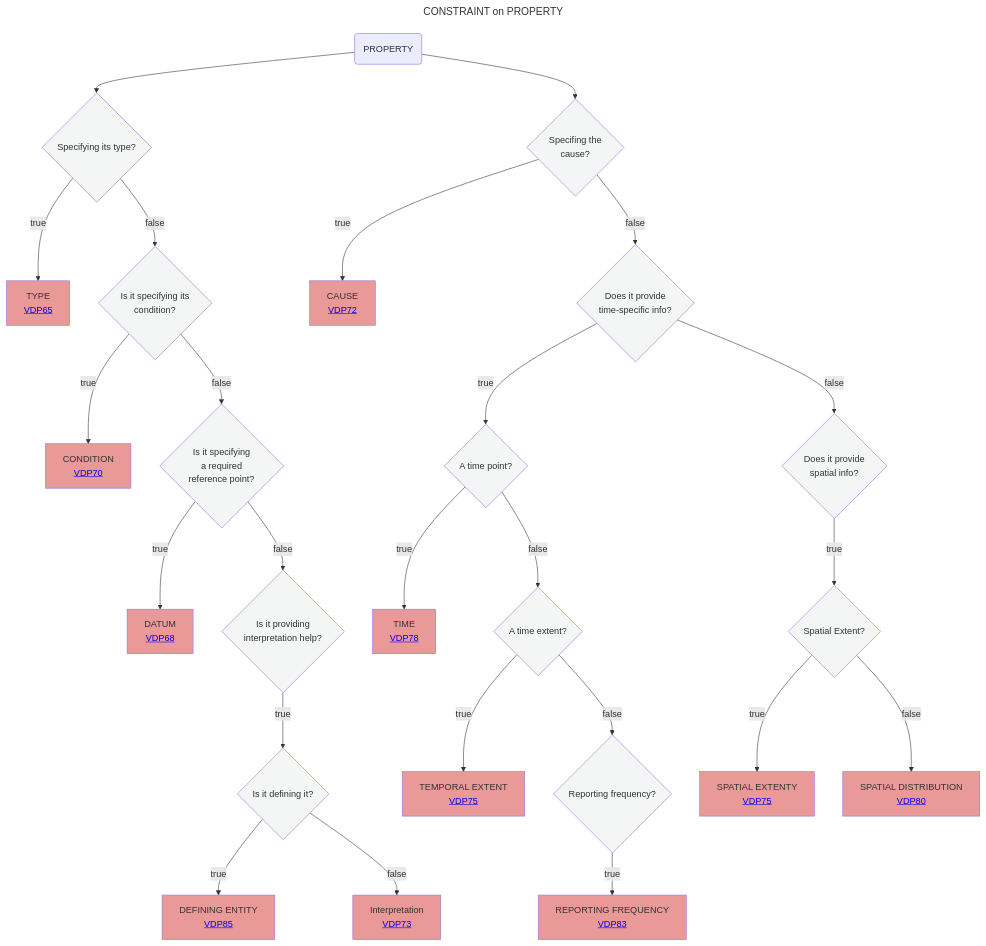
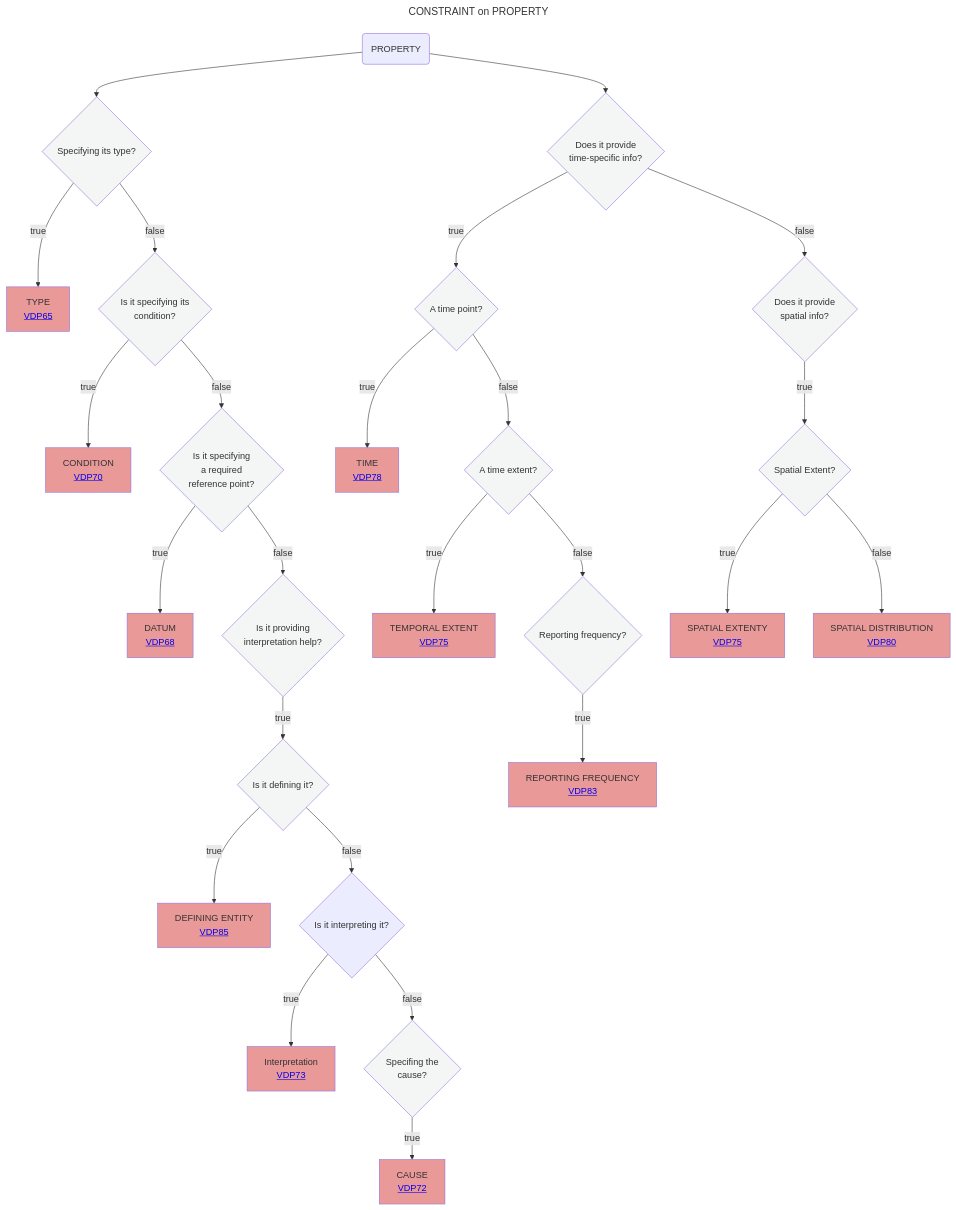
Before and after one commit to mabablue/I-ADOPT-patterns-playground: the diagram in Decisition_trees/DT9.mmd, drawn with Mermaid.

```diff
--- a/Decisition_trees/DT9.mmd
+++ b/Decisition_trees/DT9.mmd
@@ -1,32 +1,33 @@
 ---
 title: CONSTRAINT on PROPERTY
 ---
 flowchart TD
     A(PROPERTY)  --> B{Specifying its type?}:::white
     B --> |true|C[TYPE <br> <a href='https://github.com/mabablue/I-ADOPT-patterns-playground/blob/main/pattern/VDP65.yaml'>VDP65</a>]:::rose
     B --> |false|D{Is it specifying its <br> condition?}:::white
     D --> |true|E[CONDITION <br> <a href='https://github.com/mabablue/I-ADOPT-patterns-playground/blob/main/pattern/VDP70.yaml'>VDP70</a>]:::rose
     D --> |false|F{Is it specifying <br> a required <br> reference point?}:::white
     F --> |true|G[DATUM <br> <a href='https://github.com/mabablue/I-ADOPT-patterns-playground/blob/main/pattern/VDP68.yaml'>VDP68</a>]:::rose
     F --> |false|IH{Is it providing <br> interpretation help?}:::white
     IH --> |true|HI{Is it defining it?}:::white
     HI --> |true|HK[DEFINING ENTITY <br> <a href='https://github.com/mabablue/I-ADOPT-patterns-playground/blob/main/pattern/VDP85.yaml'>VDP85</a>]:::rose
-    HI --> |false|I[Interpretation <br> <a href='https://github.com/mabablue/I-ADOPT-patterns-playground/blob/main/pattern/VDP73.yaml'>VDP73</a>]:::rose
-    A --> J{Specifing the <br> cause?}:::white
+    HI --> |false|I{Is it interpreting it?}
+    I --> |true|IJ[Interpretation <br> <a href='https://github.com/mabablue/I-ADOPT-patterns-playground/blob/main/pattern/VDP73.yaml'>VDP73</a>]:::rose
+    I --> |false|J{Specifing the <br> cause?}:::white
     J --> |true|K[CAUSE<br> <a href='https://github.com/mabablue/I-ADOPT-patterns-playground/blob/main/pattern/VDP72.yaml'>VDP72</a>]:::rose
-    J --> |false|L{Does it provide <br> time-specific info?}:::white
+    A --> L{Does it provide <br> time-specific info?}:::white
     L --> |true|M{A time point?}:::white
     L --> |false|T{Does it provide <br> spatial info?}:::white
     M --> |true|N[TIME<br> <a href='https://github.com/mabablue/I-ADOPT-patterns-playground/blob/main/pattern/VDP78.yaml'>VDP78</a>]:::rose
     M --> |false|O{A time extent?}:::white
     O --> |true|Q[TEMPORAL EXTENT<br> <a href='https://github.com/mabablue/I-ADOPT-patterns-playground/blob/main/pattern/VDP75.yaml'>VDP75</a>]:::rose
     O --> |false|R{Reporting frequency?}:::white
     R --> |true|S[REPORTING FREQUENCY<br> <a href='https://github.com/mabablue/I-ADOPT-patterns-playground/blob/main/pattern/VDP83.yaml'>VDP83</a>]:::rose
     T --> |true|U{Spatial Extent?}:::white
     U --> |true|V[SPATIAL EXTENTY<br> <a href='https://github.com/mabablue/I-ADOPT-patterns-playground/blob/main/pattern/VDP.75yaml'>VDP75</a>]:::rose
     U --> |false|W[SPATIAL DISTRIBUTION<br> <a href='https://github.com/mabablue/I-ADOPT-patterns-playground/blob/main/pattern/VDP.80yaml'>VDP80</a>]:::rose
    classDef blue fill:#90D5FF
    classDef satblue fill:#57B9FF 
    classDef white fill:#f3f6f4
    classDef green fill:#6aa84f
    classDef rose fill:#ea9999
```
